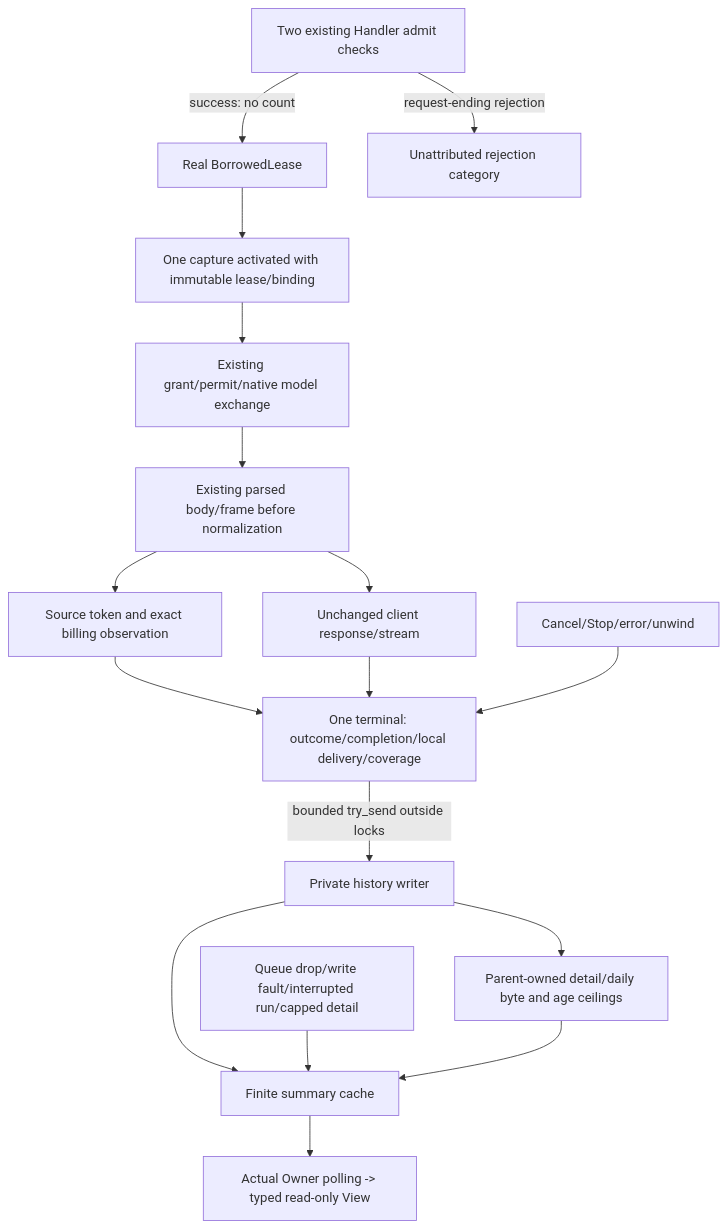
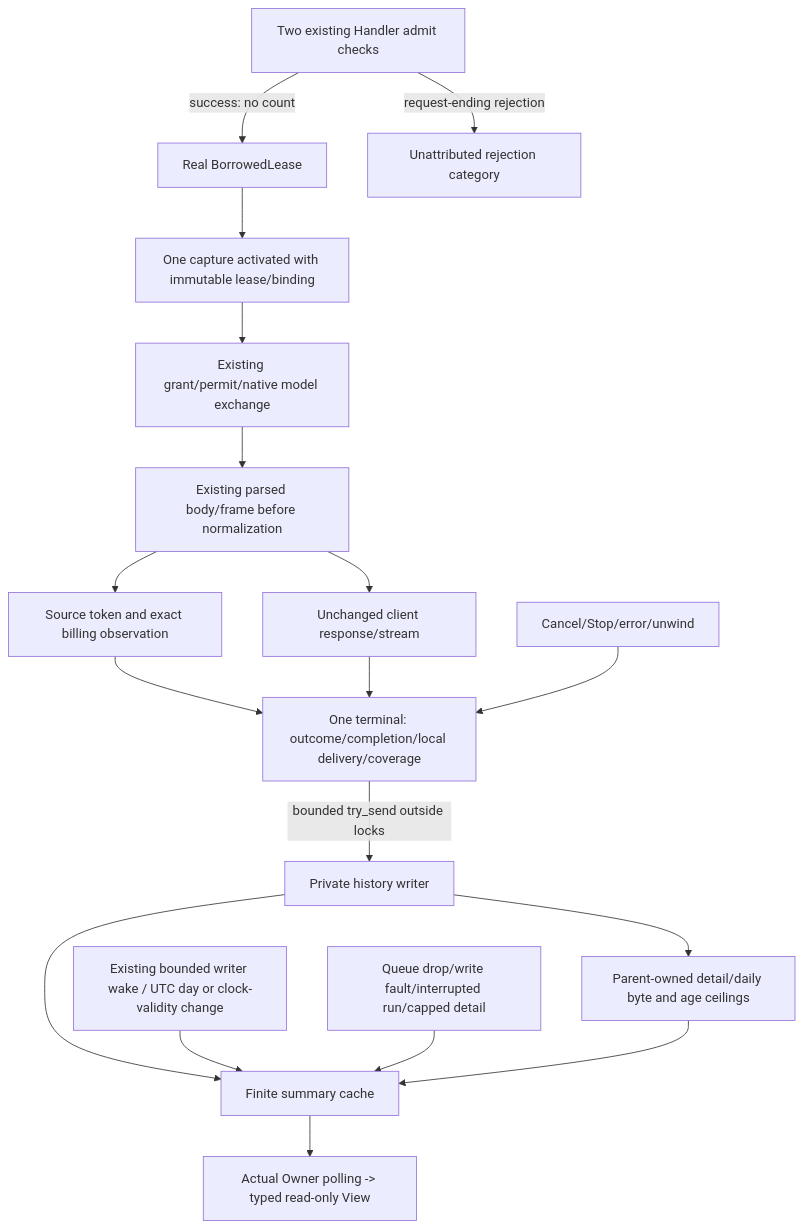
Before and after one commit to partnernetsoftware/minicon: the diagram in prd/PRD_02_31_01_03_01_request_accounting.md, drawn with Mermaid. The commit also changed other lines of this file and 1 other file, not shown here.

Commit message:
fix: refresh idle usage windows across UTC days

````diff
--- a/prd/PRD_02_31_01_03_01_request_accounting.md
+++ b/prd/PRD_02_31_01_03_01_request_accounting.md
@@ -32,19 +32,20 @@
 ```mermaid
 flowchart TD
     AD[Two existing Handler admit checks] -->|success: no count| LEASE[Real BorrowedLease]
     AD -->|request-ending rejection| REJ[Unattributed rejection category]
     LEASE --> ONCE[One capture activated with immutable lease/binding]
     ONCE --> NATIVE[Existing grant/permit/native model exchange]
     NATIVE --> RAW[Existing parsed body/frame before normalization]
     RAW --> OBS[Source token and exact billing observation]
     RAW --> CLIENT[Unchanged client response/stream]
     OBS --> END[One terminal: outcome/completion/local delivery/coverage]
     CLIENT --> END
     CANCEL[Cancel/Stop/error/unwind] --> END
     END -->|bounded try_send outside locks| WRITER[Private history writer]
     WRITER --> RETAIN[Parent-owned detail/daily byte and age ceilings]
     WRITER --> CACHE[Finite summary cache]
+    IDLE[Existing bounded writer wake / UTC day or clock-validity change] --> CACHE
     GAP[Queue drop/write fault/interrupted run/capped detail] --> CACHE
     RETAIN --> CACHE
     CACHE --> VIEW[Actual Owner polling -> typed read-only View]
 ```
````
